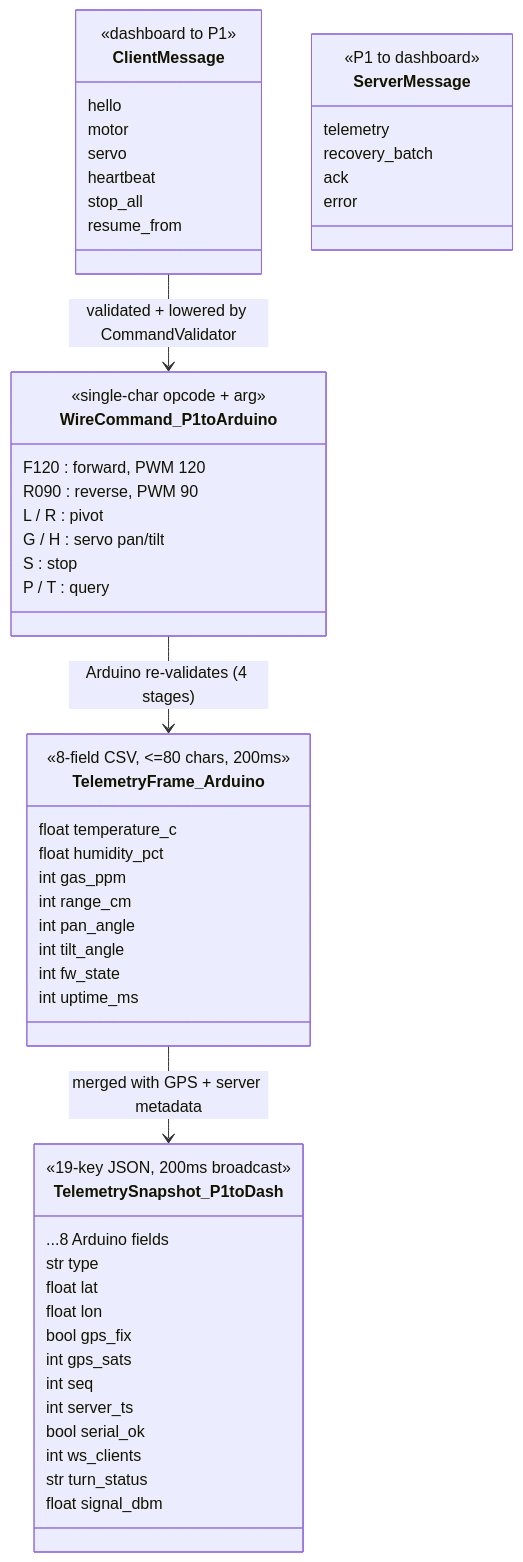
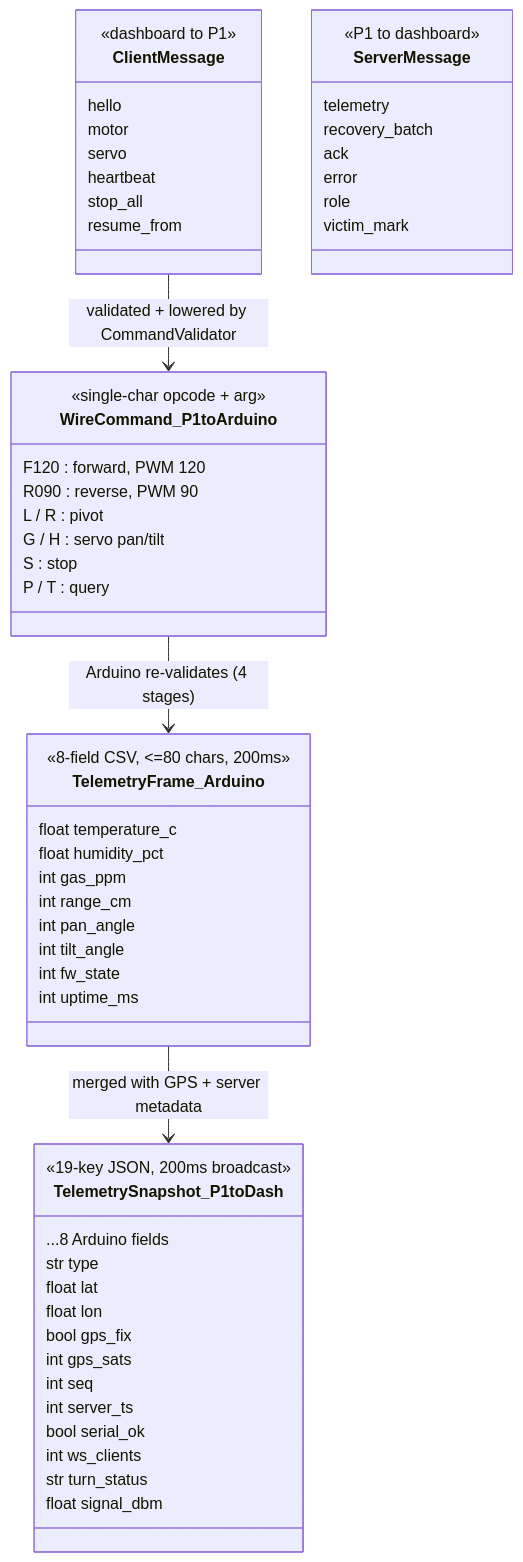
The tenth of 18 diagrams in docs/ARCHITECTURE.md (baiust999/robort-code-from-pi), drawn with Mermaid before and after one commit. The commit also changed other lines of this file and 26 other files, not shown here.

````diff
--- a/docs/ARCHITECTURE.md
+++ b/docs/ARCHITECTURE.md
@@ -380,62 +387,64 @@
 ```mermaid
 classDiagram
     class TelemetryFrame_Arduino {
         <<8-field CSV, <=80 chars, 200ms>>
         float temperature_c
         float humidity_pct
         int gas_ppm
         int range_cm
         int pan_angle
         int tilt_angle
         int fw_state
         int uptime_ms
     }
 
     class TelemetrySnapshot_P1toDash {
         <<19-key JSON, 200ms broadcast>>
         ...8 Arduino fields
         str type
         float lat
         float lon
         bool gps_fix
         int gps_sats
         int seq
         int server_ts
         bool serial_ok
         int ws_clients
         str turn_status
         float signal_dbm
     }
 
     class ClientMessage {
         <<dashboard to P1>>
         hello
         motor
         servo
         heartbeat
         stop_all
         resume_from
     }
 
     class ServerMessage {
         <<P1 to dashboard>>
         telemetry
         recovery_batch
         ack
         error
+        role
+        victim_mark
     }
 
     class WireCommand_P1toArduino {
         <<single-char opcode + arg>>
         F120 : forward, PWM 120
         R090 : reverse, PWM 90
         L / R : pivot
         G / H : servo pan/tilt
         S : stop
         P / T : query
     }
 
     TelemetryFrame_Arduino --> TelemetrySnapshot_P1toDash : merged with GPS + server metadata
     ClientMessage --> WireCommand_P1toArduino : validated + lowered by CommandValidator
     WireCommand_P1toArduino --> TelemetryFrame_Arduino : Arduino re-validates (4 stages)
 ```
````
